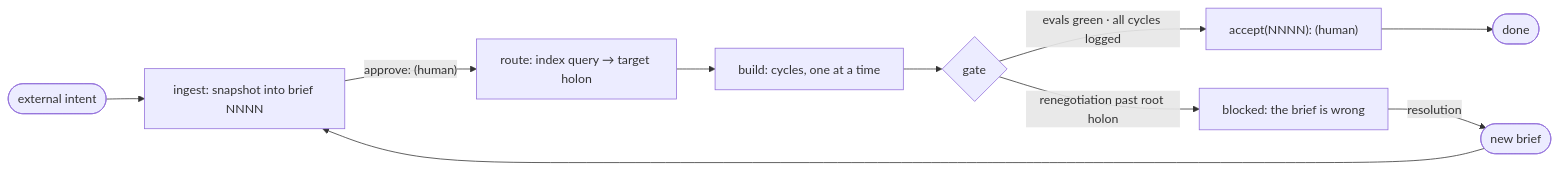
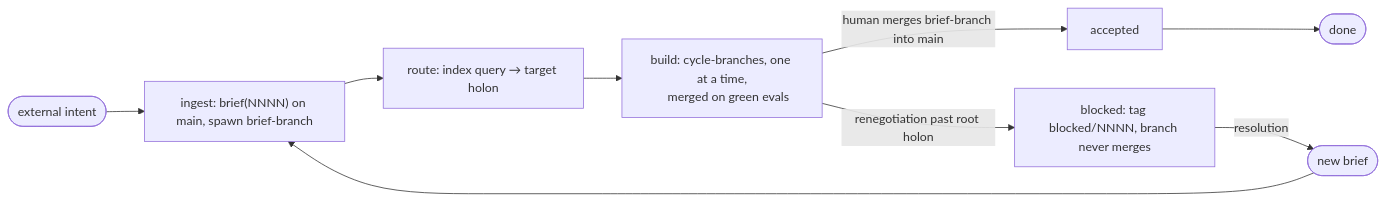
Before and after one commit to celom/hal: the diagram in docs/loop.md, drawn with Mermaid. The commit also changed other lines of this file and 8 other files, not shown here.

Commit message:
meta: switch git flow from approve/accept commits to branch merges

````diff
--- a/docs/loop.md
+++ b/docs/loop.md
@@ -25,11 +25,11 @@
 ```mermaid
 flowchart LR
-    X([external intent]) --> I[ingest: snapshot into brief NNNN]
-    I -->|"approve: (human)"| R[route: index query → target holon]
-    R --> B[build: cycles, one at a time]
-    B --> G{gate}
-    G -->|evals green · all cycles logged| A["accept(NNNN): (human)"]
-    G -->|renegotiation past root holon| K[blocked: the brief is wrong]
+    X([external intent]) --> I["ingest: brief(NNNN) on main, spawn brief-branch"]
+    I --> R[route: index query → target holon]
+    R --> B[build: cycle-branches, one at a time,
+    merged on green evals]
+    B -->|human merges brief-branch into main| A[accepted]
+    B -->|renegotiation past root holon| K["blocked: tag blocked/NNNN, branch never merges"]
     A --> D([done])
     K -->|resolution| N([new brief]) --> I
 ```
````
